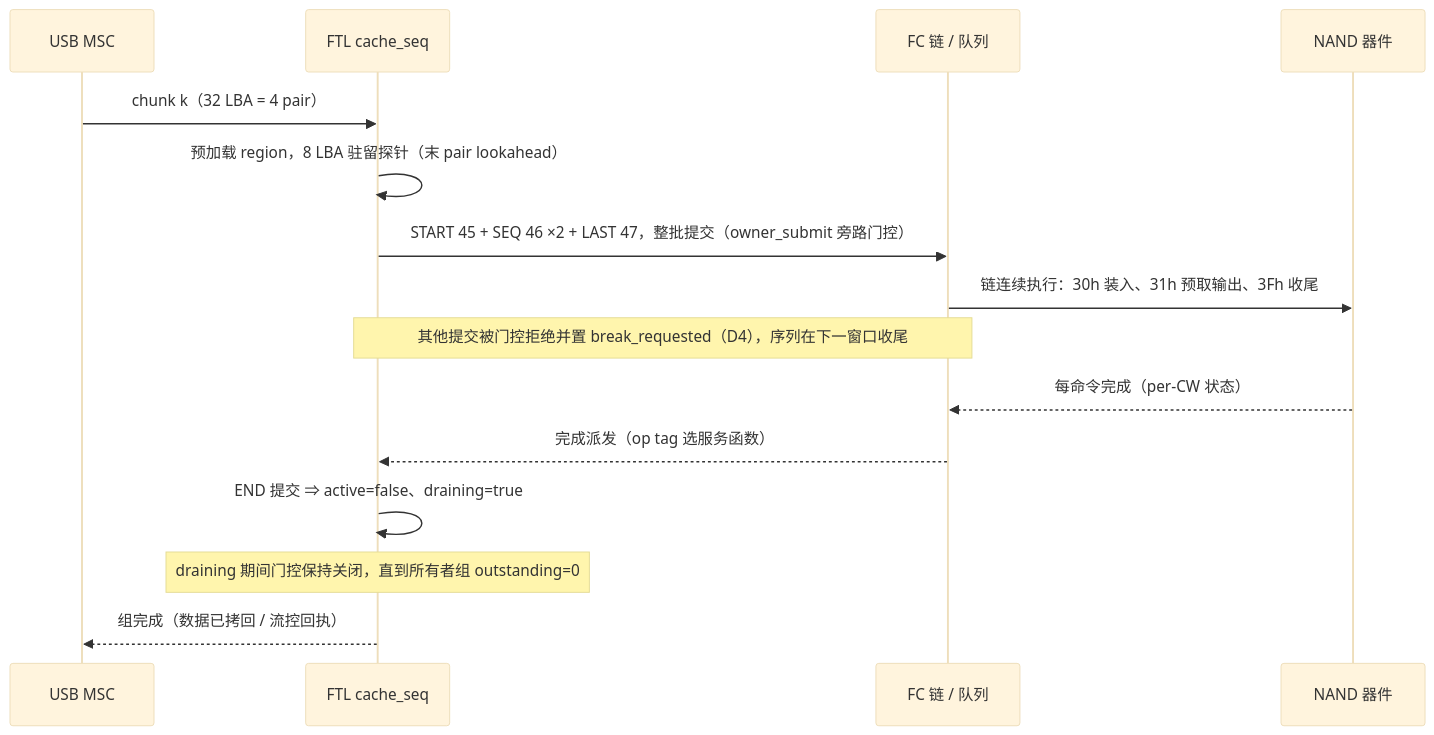
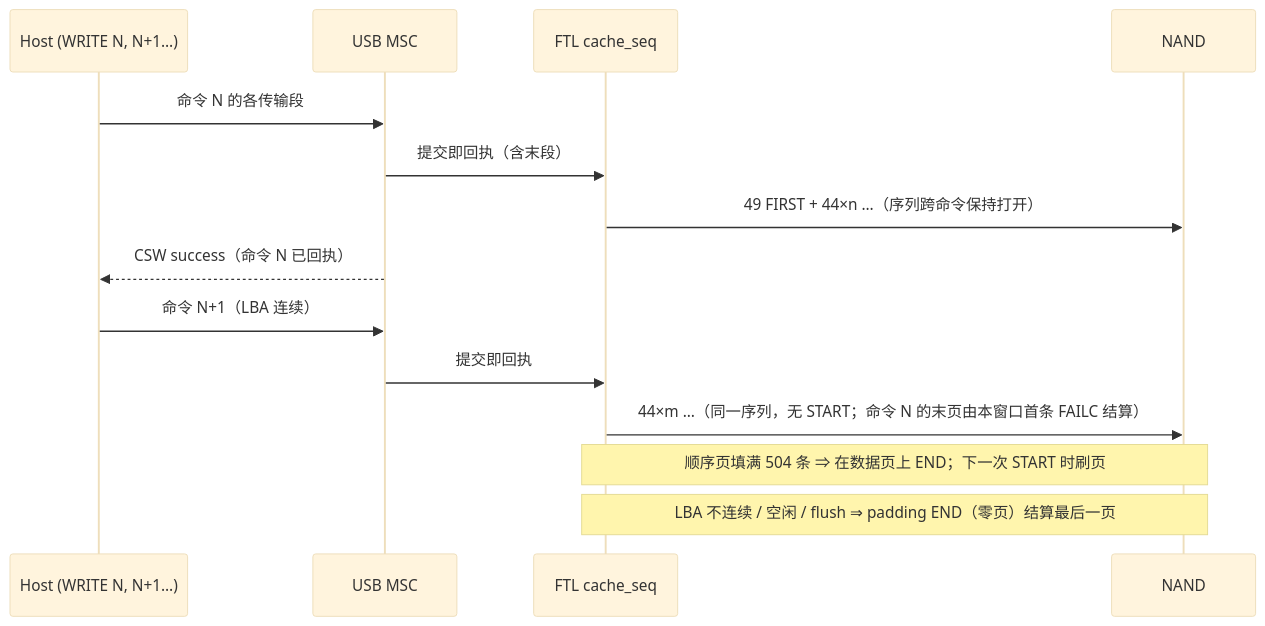
Diagram 24 of 34 in docs/design/ftl_design.md (YzYMIAO/BASESSD), drawn with Mermaid (base theme) before and after one commit. The commit also changed other lines of this file and 34 other files, not shown here.

````diff
--- a/docs/design/ftl_design.md
+++ b/docs/design/ftl_design.md
@@ -3883,17 +4011,16 @@
 ```mermaid
 sequenceDiagram
-    participant H as USB MSC
+    participant H as Host (WRITE N, N+1…)
+    participant U as USB MSC
     participant F as FTL cache_seq
-    participant C as FC 链 / 队列
-    participant N as NAND 器件
-    H->>F: chunk k（32 LBA = 4 pair）
-    F->>F: 预加载 region，8 LBA 驻留探针（末 pair lookahead）
-    F->>C: START 45 + SEQ 46 ×2 + LAST 47，整批提交（owner_submit 旁路门控）
-    C->>N: 链连续执行：30h 装入、31h 预取输出、3Fh 收尾
-    Note over F,C: 其他提交被门控拒绝并置 break_requested（D4），序列在下一窗口收尾
-    N-->>C: 每命令完成（per-CW 状态）
-    C-->>F: 完成派发（op tag 选服务函数）
-    F->>F: END 提交 ⇒ active=false、draining=true
-    Note over F: draining 期间门控保持关闭，直到所有者组 outstanding=0
-    F-->>H: 组完成（数据已拷回 / 流控回执）
+    participant N as NAND
+    H->>U: 命令 N 的各传输段
+    U->>F: 提交即回执（含末段）
+    F->>N: 49 FIRST + 44×n …（序列跨命令保持打开）
+    U-->>H: CSW success（命令 N 已回执）
+    H->>U: 命令 N+1（LBA 连续）
+    U->>F: 提交即回执
+    F->>N: 44×m …（同一序列，无 START；命令 N 的末页由本窗口首条 FAILC 结算）
+    Note over F,N: 顺序页填满 504 条 ⇒ 在数据页上 END；下一次 START 时刷页
+    Note over F,N: LBA 不连续 / 空闲 / flush ⇒ padding END（零页）结算最后一页
 ```
````
